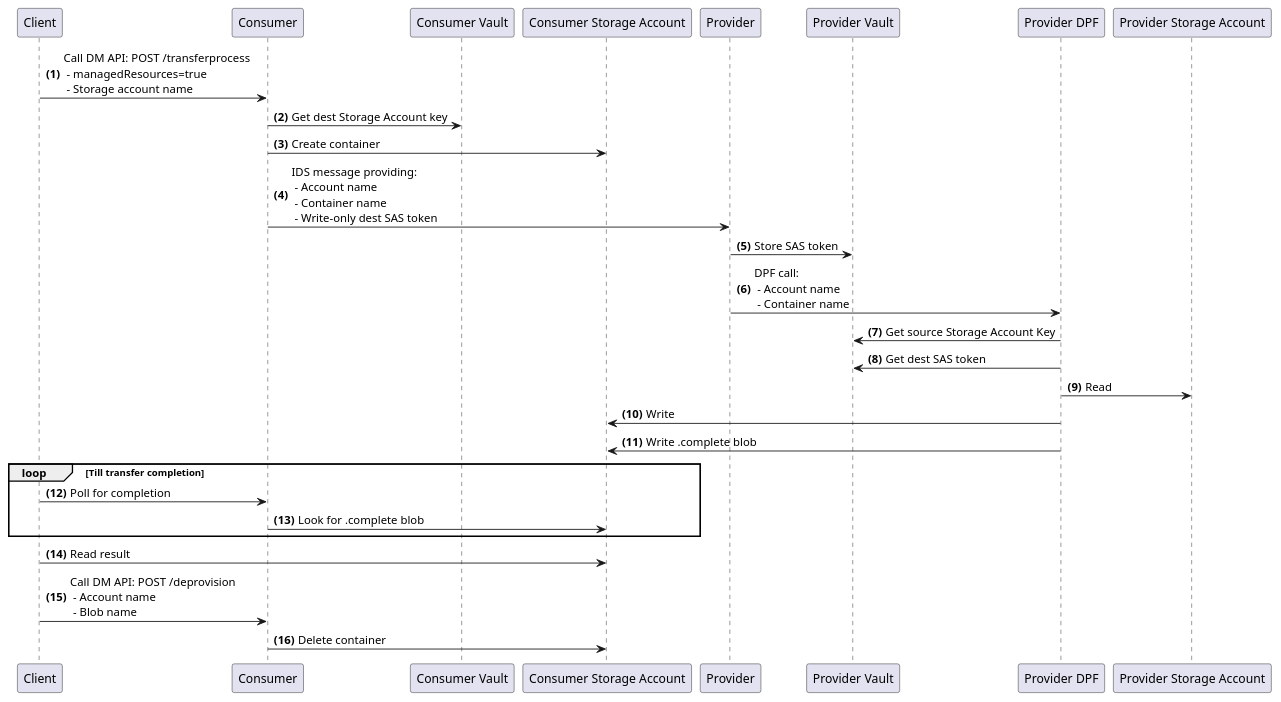
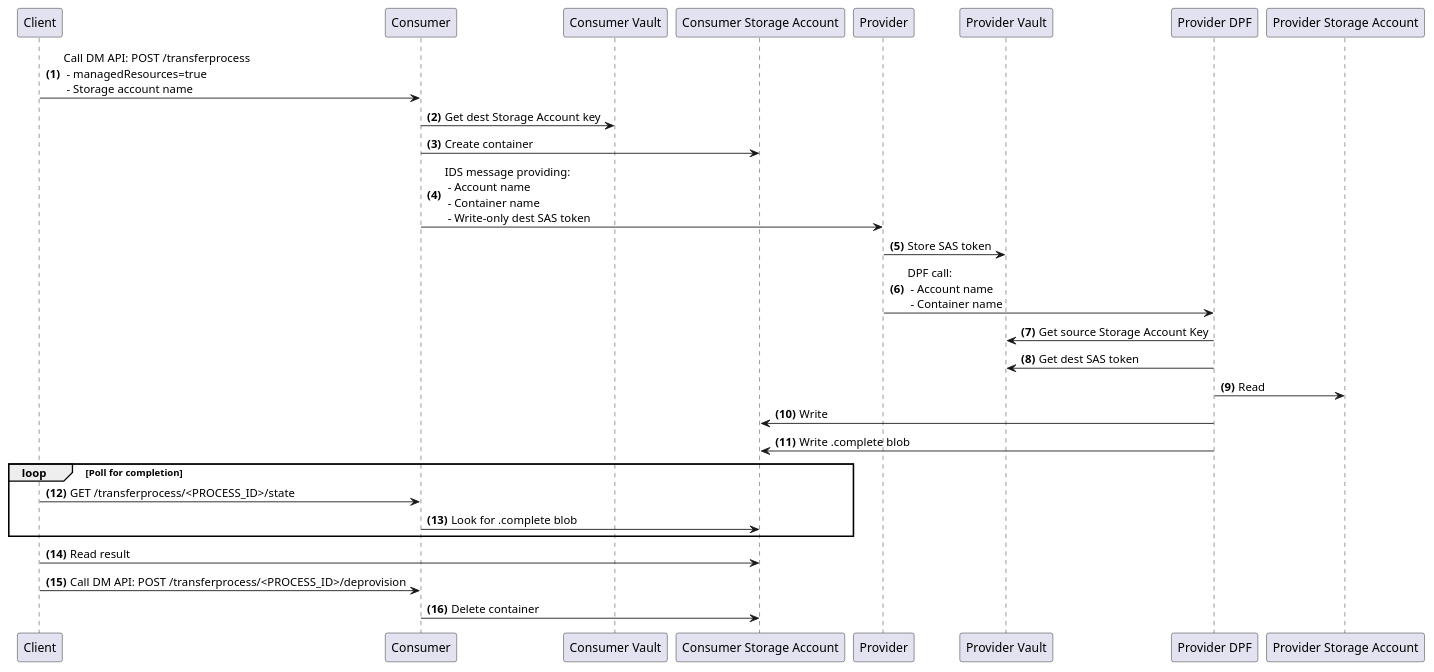
Before and after one commit to agera-edc/DataSpaceConnector: the diagram in docs/diagrams/blob-transfer.puml, drawn with PlantUML. The commit also changed 1 other file, not shown here.

Commit message:
Removed account name and blob name.

```diff
--- a/docs/diagrams/blob-transfer.puml
+++ b/docs/diagrams/blob-transfer.puml
@@ -15,21 +15,21 @@
 @startuml
 autonumber "<b>(0)"
 Client -> Consumer: Call DM API: POST /transferprocess \n - managedResources=true\n - Storage account name
 Consumer -> "Consumer Vault": Get dest Storage Account key
 Consumer -> "Consumer Storage Account": Create container
 Consumer -> Provider: IDS message providing: \n - Account name \n - Container name \n - Write-only dest SAS token
 Provider -> "Provider Vault": Store SAS token
 Provider -> "Provider DPF": DPF call: \n - Account name \n - Container name
 "Provider DPF" -> "Provider Vault": Get source Storage Account Key
 "Provider DPF" -> "Provider Vault": Get dest SAS token
 "Provider DPF" -> "Provider Storage Account": Read
 "Provider DPF" -> "Consumer Storage Account": Write
 "Provider DPF" -> "Consumer Storage Account": Write .complete blob
-loop  Till transfer completion
-    Client -> Consumer: Poll for completion
+loop  Poll for completion
+    Client -> Consumer: GET /transferprocess/<PROCESS_ID>/state
     Consumer -> "Consumer Storage Account": Look for .complete blob
 end
 Client -> "Consumer Storage Account": Read result
-Client -> "Consumer": Call DM API: POST /deprovision \n - Account name \n - Blob name
+Client -> "Consumer": Call DM API: POST /transferprocess/<PROCESS_ID>/deprovision
 Consumer -> "Consumer Storage Account": Delete container
 @enduml
```
